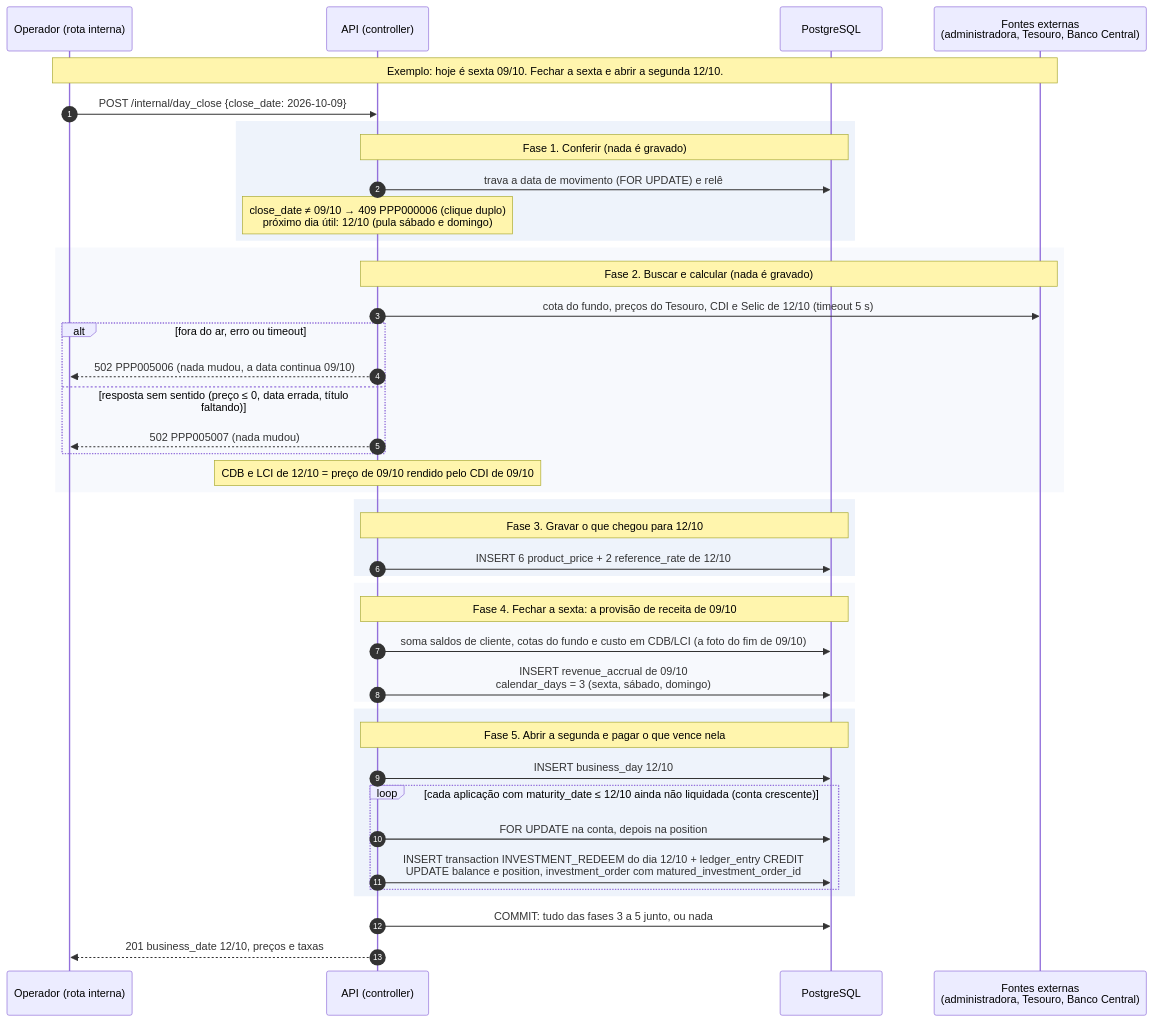
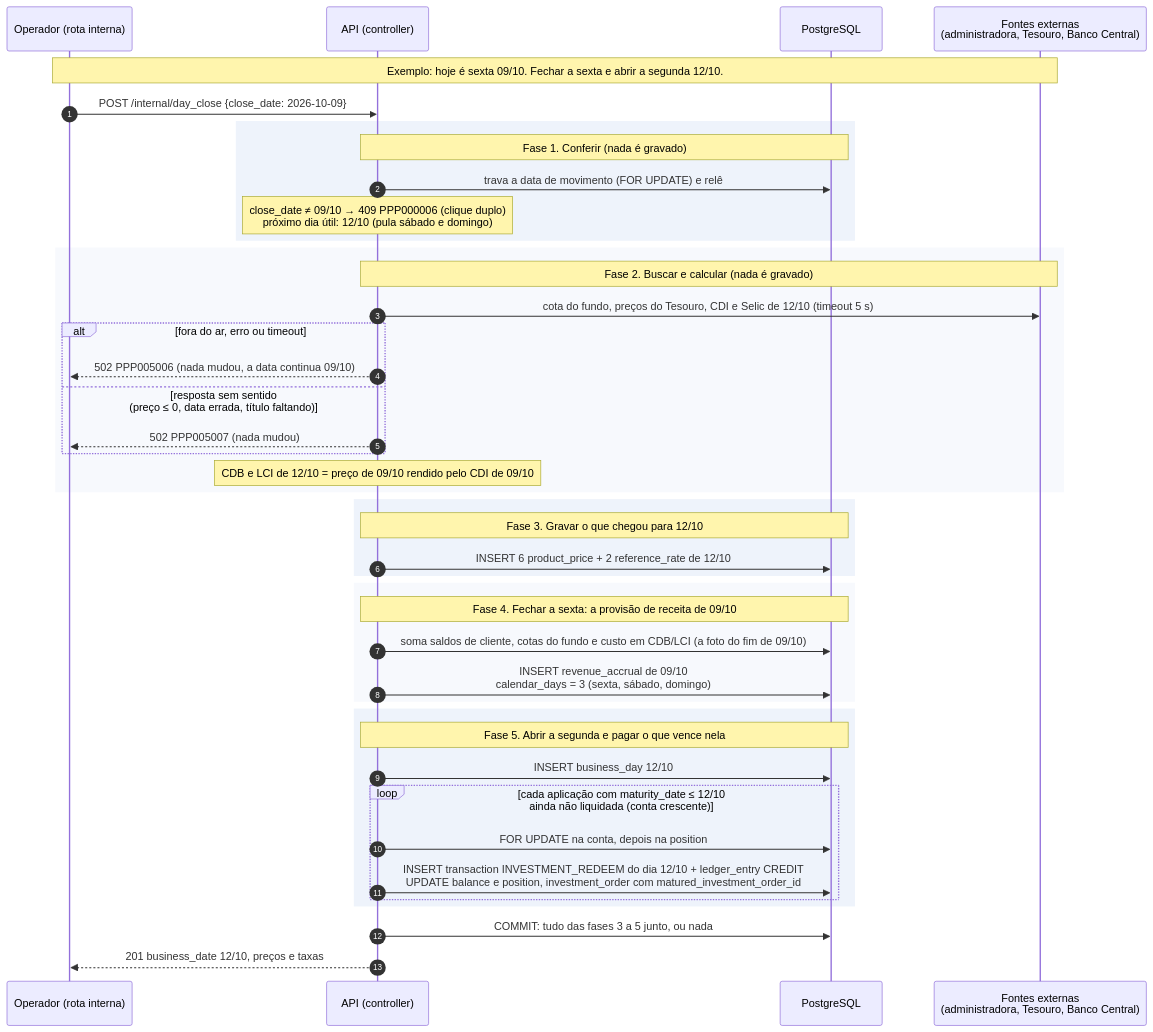
Before and after one commit to heluylucas/bootcamp-qi-tech-presidas-: the diagram in docs/diagramas/fechamento-do-dia.mmd, drawn with Mermaid. The commit also changed 17 other files, not shown here.

```diff
--- a/docs/diagramas/fechamento-do-dia.mmd
+++ b/docs/diagramas/fechamento-do-dia.mmd
@@ -1,49 +1,53 @@
+---
+config:
+  look: classic
+---
 sequenceDiagram
     autonumber
     participant O as Operador (rota interna)
     participant API as API (controller)
     participant DB as PostgreSQL
     participant Fora as Fontes externas<br/>(administradora, Tesouro, Banco Central)
 
     Note over O,Fora: Exemplo: hoje é sexta 09/10. Fechar a sexta e abrir a segunda 12/10.
     O->>API: POST /internal/day_close {close_date: 2026-10-09}
 
     rect rgb(238, 243, 251)
         Note over API,DB: Fase 1. Conferir (nada é gravado)
         API->>DB: trava a data de movimento (FOR UPDATE) e relê
         Note over API: close_date ≠ 09/10 → 409 PPP000006 (clique duplo)<br/>próximo dia útil: 12/10 (pula sábado e domingo)
     end
 
     rect rgb(247, 249, 253)
         Note over API,Fora: Fase 2. Buscar e calcular (nada é gravado)
         API->>Fora: cota do fundo, preços do Tesouro, CDI e Selic de 12/10 (timeout 5 s)
         alt fora do ar, erro ou timeout
             API-->>O: 502 PPP005006 (nada mudou, a data continua 09/10)
-        else resposta sem sentido (preço ≤ 0, data errada, título faltando)
+        else resposta sem sentido<br/>(preço ≤ 0, data errada, título faltando)
             API-->>O: 502 PPP005007 (nada mudou)
         end
         Note over API: CDB e LCI de 12/10 = preço de 09/10 rendido pelo CDI de 09/10
     end
 
     rect rgb(238, 243, 251)
         Note over API,DB: Fase 3. Gravar o que chegou para 12/10
         API->>DB: INSERT 6 product_price + 2 reference_rate de 12/10
     end
 
     rect rgb(247, 249, 253)
         Note over API,DB: Fase 4. Fechar a sexta: a provisão de receita de 09/10
         API->>DB: soma saldos de cliente, cotas do fundo e custo em CDB/LCI (a foto do fim de 09/10)
         API->>DB: INSERT revenue_accrual de 09/10<br/>calendar_days = 3 (sexta, sábado, domingo)
     end
 
     rect rgb(238, 243, 251)
         Note over API,DB: Fase 5. Abrir a segunda e pagar o que vence nela
         API->>DB: INSERT business_day 12/10
-        loop cada aplicação com maturity_date ≤ 12/10 ainda não liquidada (conta crescente)
+        loop cada aplicação com maturity_date ≤ 12/10<br/>ainda não liquidada (conta crescente)
             API->>DB: FOR UPDATE na conta, depois na position
             API->>DB: INSERT transaction INVESTMENT_REDEEM do dia 12/10 + ledger_entry CREDIT<br/>UPDATE balance e position, investment_order com matured_investment_order_id
         end
     end
 
     API->>DB: COMMIT: tudo das fases 3 a 5 junto, ou nada
     API-->>O: 201 business_date 12/10, preços e taxas
```
